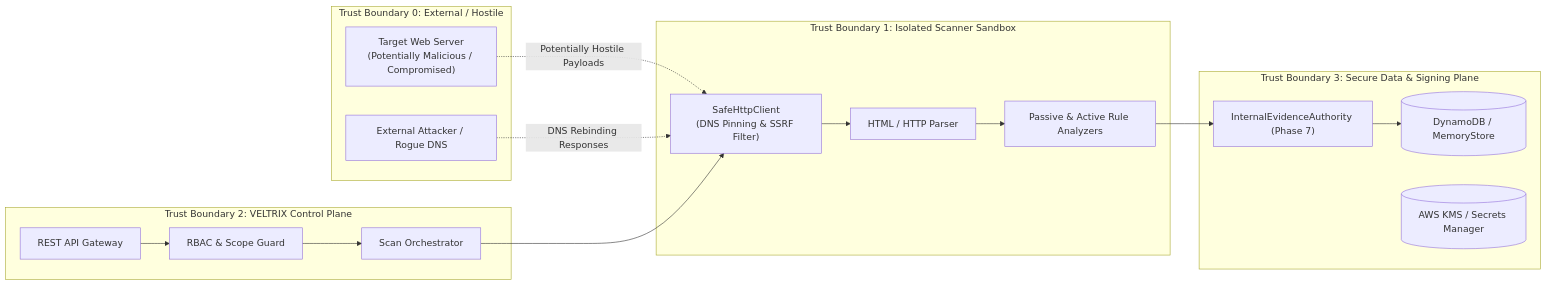
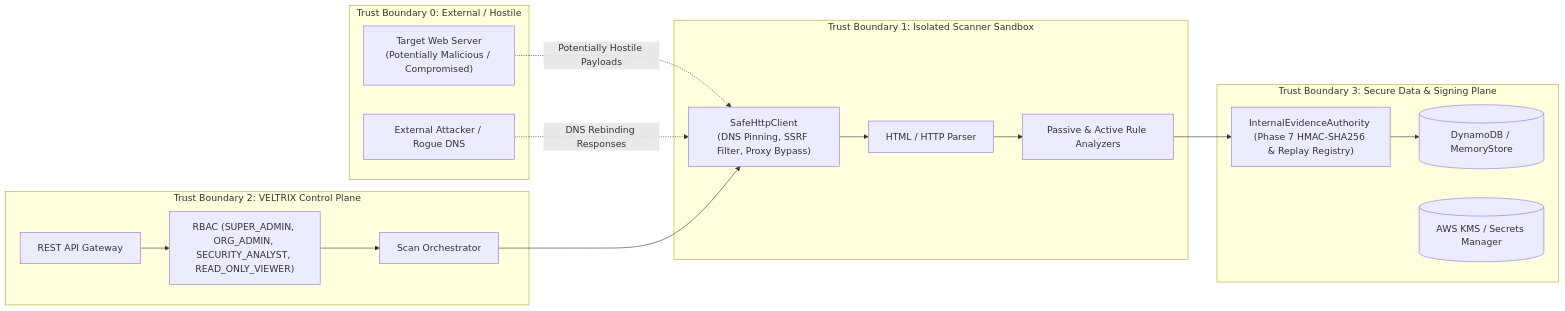
Before and after one commit to RohitBhakta07/Veltrix: the first of 2 diagrams in specs/phase-8-threat-model.md, drawn with Mermaid. The commit also changed other lines of this file and 6 other files, not shown here.

Commit message:
docs(phase-8): align RBAC roles, verification lifecycle, Phase 7 authority, and database index consistency

````diff
--- a/specs/phase-8-threat-model.md
+++ b/specs/phase-8-threat-model.md
@@ -16,35 +16,35 @@
 ```mermaid
 flowchart LR
     subgraph TrustBoundary0["Trust Boundary 0: External / Hostile"]
         Target["Target Web Server\n(Potentially Malicious / Compromised)"]
         Attacker["External Attacker / Rogue DNS"]
     end
 
     subgraph TrustBoundary1["Trust Boundary 1: Isolated Scanner Sandbox"]
-        Transport["SafeHttpClient\n(DNS Pinning & SSRF Filter)"]
+        Transport["SafeHttpClient\n(DNS Pinning, SSRF Filter, Proxy Bypass)"]
         Parser["HTML / HTTP Parser"]
         Analyzer["Passive & Active Rule Analyzers"]
     end
 
     subgraph TrustBoundary2["Trust Boundary 2: VELTRIX Control Plane"]
         API["REST API Gateway"]
-        AuthZ["RBAC & Scope Guard"]
+        AuthZ["RBAC (SUPER_ADMIN, ORG_ADMIN, SECURITY_ANALYST, READ_ONLY_VIEWER)"]
         Orchestrator["Scan Orchestrator"]
     end
 
     subgraph TrustBoundary3["Trust Boundary 3: Secure Data & Signing Plane"]
         DB[("DynamoDB / MemoryStore")]
-        Authority["InternalEvidenceAuthority (Phase 7)"]
+        Authority["InternalEvidenceAuthority (Phase 7 HMAC-SHA256 & Replay Registry)"]
         KMS[("AWS KMS / Secrets Manager")]
     end
 
     Target -.->|Potentially Hostile Payloads| Transport
     Attacker -.->|DNS Rebinding Responses| Transport
     Transport --> Parser
     Parser --> Analyzer
     API --> AuthZ
     AuthZ --> Orchestrator
     Orchestrator --> Transport
     Analyzer --> Authority
     Authority --> DB
 ```
````
